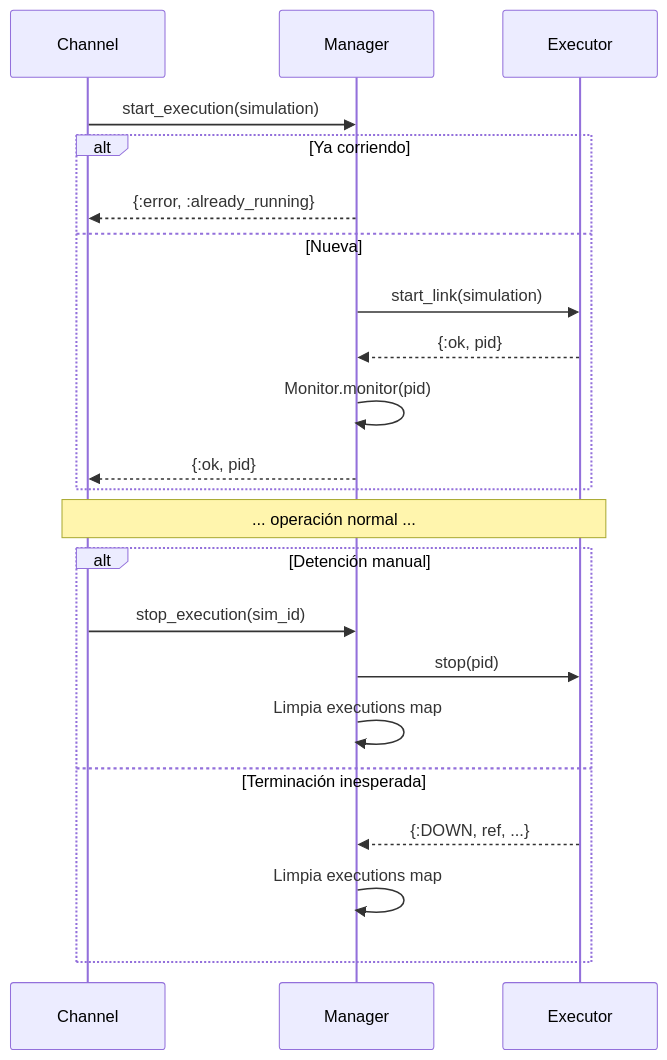
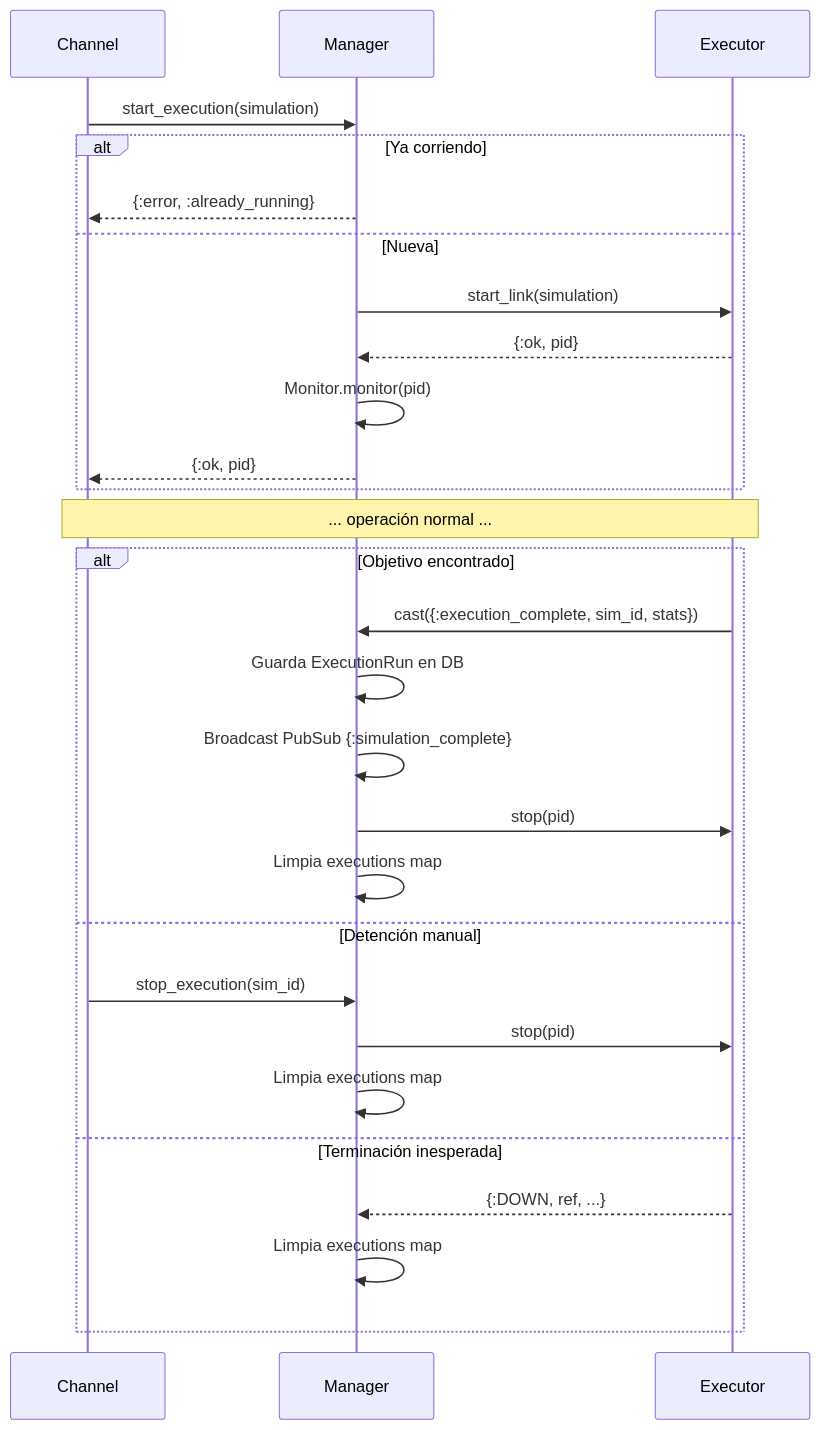
The second of 2 diagrams in docs/core/simulation_manager.md (FLAGlab/Elixir-Swarm-Simulator), drawn with Mermaid before and after one commit. The commit also changed other lines of this file and 41 other files, not shown here.

````diff
--- a/docs/core/simulation_manager.md
+++ b/docs/core/simulation_manager.md
@@ -36,27 +36,33 @@
 ```mermaid
 sequenceDiagram
     participant Ch as Channel
     participant Mg as Manager
     participant Ex as Executor
 
     Ch->>Mg: start_execution(simulation)
     alt Ya corriendo
         Mg-->>Ch: {:error, :already_running}
     else Nueva
         Mg->>Ex: start_link(simulation)
         Ex-->>Mg: {:ok, pid}
         Mg->>Mg: Monitor.monitor(pid)
         Mg-->>Ch: {:ok, pid}
     end
 
     Note over Ch,Ex: ... operación normal ...
 
-    alt Detención manual
+    alt Objetivo encontrado
+        Ex->>Mg: cast({:execution_complete, sim_id, stats})
+        Mg->>Mg: Guarda ExecutionRun en DB
+        Mg->>Mg: Broadcast PubSub {:simulation_complete}
+        Mg->>Ex: stop(pid)
+        Mg->>Mg: Limpia executions map
+    else Detención manual
         Ch->>Mg: stop_execution(sim_id)
         Mg->>Ex: stop(pid)
         Mg->>Mg: Limpia executions map
     else Terminación inesperada
         Ex-->>Mg: {:DOWN, ref, ...}
         Mg->>Mg: Limpia executions map
     end
 ```
````
